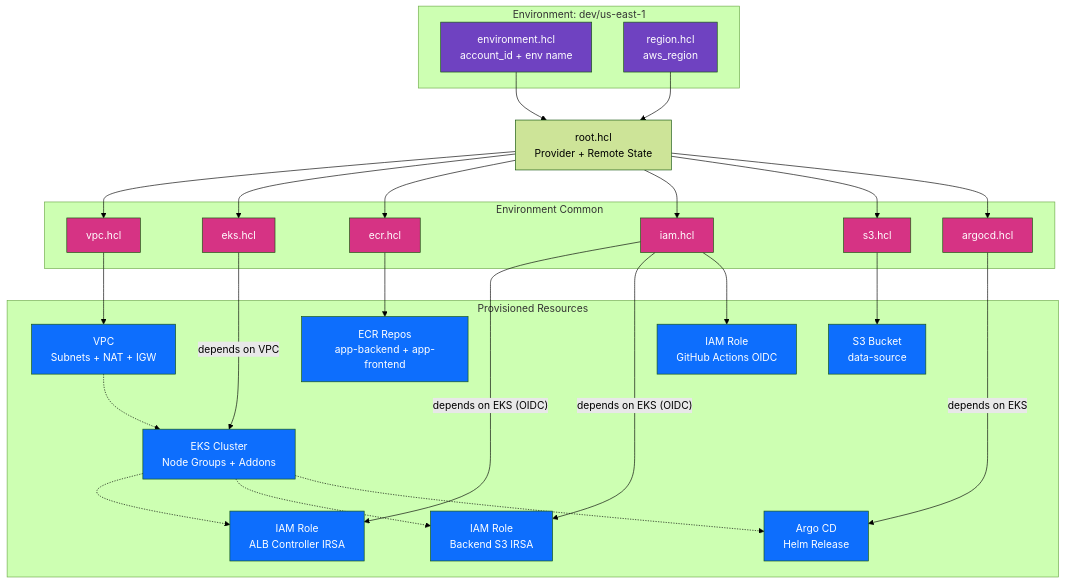
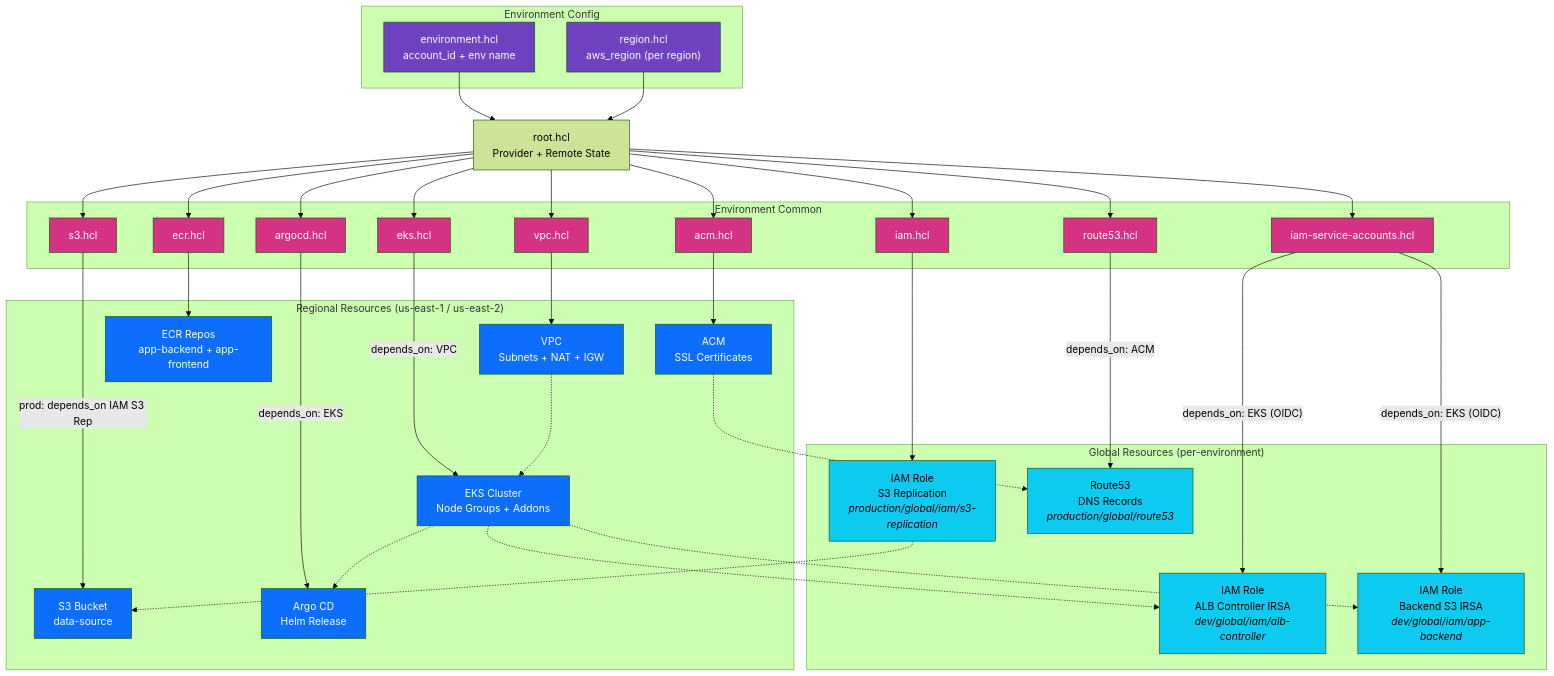
The second of 7 diagrams in docs/diagrams.md (RaymonSun1230/my-devops-project), drawn with Mermaid (forest theme) before and after one commit. The commit also changed other lines of this file and 5 other files, not shown here.

Commit message:
feat: update docs for route53, s3 replication changes

````diff
--- a/docs/diagrams.md
+++ b/docs/diagrams.md
@@ -127,61 +135,79 @@
 ```mermaid
 graph TD
     ROOT["root.hcl<br/>Provider + Remote State"]
 
     subgraph "Environment Common"
         VPC_HCL["vpc.hcl"]
         EKS_HCL["eks.hcl"]
         ECR_HCL["ecr.hcl"]
         IAM_HCL["iam.hcl"]
+        IAM_SA_HCL["iam-service-accounts.hcl"]
         S3_HCL["s3.hcl"]
+        ACM_HCL["acm.hcl"]
+        R53_HCL["route53.hcl"]
         ARGOCD_HCL["argocd.hcl"]
     end
 
-    subgraph "Environment: dev/us-east-1"
+    subgraph "Environment Config"
         ENV["environment.hcl<br/>account_id + env name"]
-        REGION["region.hcl<br/>aws_region"]
+        REGION["region.hcl<br/>aws_region (per region)"]
     end
 
-    subgraph "Provisioned Resources"
+    subgraph "Global Resources (per-environment)"
+        IAM_ALB["IAM Role<br/>ALB Controller IRSA<br/><i>dev/global/iam/alb-controller</i>"]
+        IAM_BE["IAM Role<br/>Backend S3 IRSA<br/><i>dev/global/iam/app-backend</i>"]
+        IAM_S3REP["IAM Role<br/>S3 Replication<br/><i>production/global/iam/s3-replication</i>"]
+        R53_RES["Route53<br/>DNS Records<br/><i>production/global/route53</i>"]
+    end
+
+    subgraph "Regional Resources (us-east-1 / us-east-2)"
         VPC_RES["VPC<br/>Subnets + NAT + IGW"]
         EKS_RES["EKS Cluster<br/>Node Groups + Addons"]
         ECR_RES["ECR Repos<br/>app-backend + app-frontend"]
-        IAM_ALB["IAM Role<br/>ALB Controller IRSA"]
-        IAM_BE["IAM Role<br/>Backend S3 IRSA"]
-        IAM_GH["IAM Role<br/>GitHub Actions OIDC"]
+        ACM_RES["ACM<br/>SSL Certificates"]
         S3_RES["S3 Bucket<br/>data-source"]
         ARGOCD_RES["Argo CD<br/>Helm Release"]
     end
 
     ENV --> ROOT
     REGION --> ROOT
 
     ROOT --> VPC_HCL
     ROOT --> EKS_HCL
     ROOT --> ECR_HCL
     ROOT --> IAM_HCL
+    ROOT --> IAM_SA_HCL
     ROOT --> S3_HCL
+    ROOT --> ACM_HCL
+    ROOT --> R53_HCL
     ROOT --> ARGOCD_HCL
 
     VPC_HCL --> VPC_RES
-    EKS_HCL -->|"depends on VPC"| EKS_RES
+    EKS_HCL -->|"depends_on: VPC"| EKS_RES
     ECR_HCL --> ECR_RES
-    IAM_HCL -->|"depends on EKS (OIDC)"| IAM_ALB
-    IAM_HCL -->|"depends on EKS (OIDC)"| IAM_BE
-    IAM_HCL --> IAM_GH
-    S3_HCL --> S3_RES
-    ARGOCD_HCL -->|"depends on EKS"| ARGOCD_RES
+
+    IAM_SA_HCL -->|"depends_on: EKS (OIDC)"| IAM_ALB
+    IAM_SA_HCL -->|"depends_on: EKS (OIDC)"| IAM_BE
+    IAM_HCL --> IAM_S3REP
+    ACM_HCL --> ACM_RES
+    R53_HCL -->|"depends_on: ACM"| R53_RES
+    S3_HCL -->|"prod: depends_on IAM S3 Rep"| S3_RES
+    ARGOCD_HCL -->|"depends_on: EKS"| ARGOCD_RES
 
     VPC_RES -.-> EKS_RES
     EKS_RES -.-> IAM_ALB
     EKS_RES -.-> IAM_BE
     EKS_RES -.-> ARGOCD_RES
+    IAM_S3REP -.-> S3_RES
+    ACM_RES -.-> R53_RES
 
     classDef input fill:#6F42C1,color:#fff
     classDef common fill:#D63384,color:#fff
-    classDef resource fill:#0D6EFD,color:#fff
+    classDef global fill:#0DCAF0,color:#000
+    classDef regional fill:#0D6EFD,color:#fff
 
     class ENV,REGION input
-    class VPC_HCL,EKS_HCL,ECR_HCL,IAM_HCL,S3_HCL,ARGOCD_HCL common
-    class VPC_RES,EKS_RES,ECR_RES,IAM_ALB,IAM_BE,IAM_GH,S3_RES,ARGOCD_RES resource
+    class VPC_HCL,EKS_HCL,ECR_HCL,IAM_HCL,IAM_SA_HCL,S3_HCL,ACM_HCL,R53_HCL,ARGOCD_HCL common
+    class IAM_ALB,IAM_BE,IAM_S3REP,R53_RES global
+    class VPC_RES,EKS_RES,ECR_RES,ACM_RES,S3_RES,ARGOCD_RES regional
 ```
````
